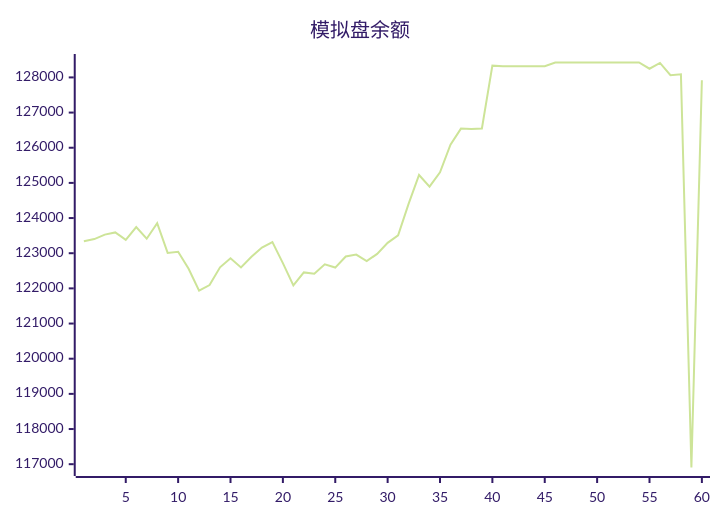
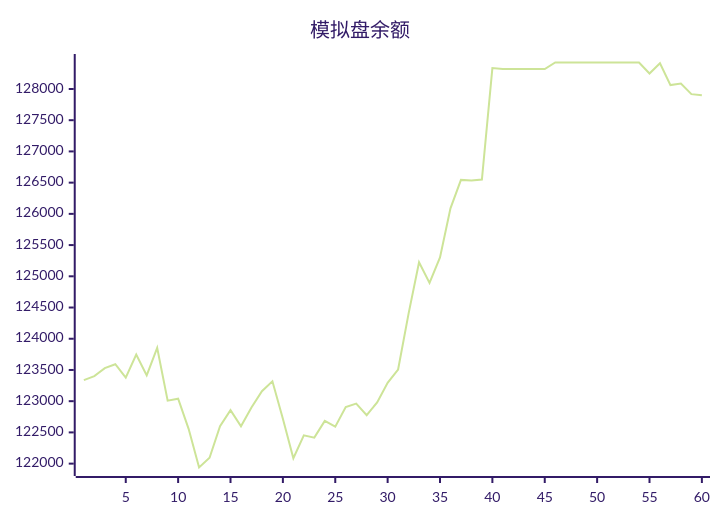
The diagram in trading/README.md (aahl/mcp-aktools), drawn with Mermaid (forest theme) before and after one commit. The commit also changed other lines of this file and 1 other file, not shown here.

````diff
--- a/trading/README.md
+++ b/trading/README.md
@@ -3,5 +3,5 @@
 ```mermaid
 xychart
     title "模拟盘余额"
-    line [123338,123402,123530,123592,123378,123745,123413,123853,123009,123040,122557,121938,122095,122599,122856,122597,122898,123160,123319,122719,122087,122454,122416,122685,122592,122907,122961,122776,122981,123295,123507,124403,125224,124894,125303,126088,126544,126534,126549,128335,128318,128318,128318,128318,128318,128424,128424,128424,128424,128424,128424,128424,128424,128424,128247,128412,128062,128087,116906,127917]
+    line [123338,123402,123530,123592,123378,123745,123413,123853,123009,123040,122557,121938,122095,122599,122856,122597,122898,123160,123319,122719,122087,122454,122416,122685,122592,122907,122961,122776,122981,123295,123507,124403,125224,124894,125303,126088,126544,126534,126549,128335,128318,128318,128318,128318,128318,128424,128424,128424,128424,128424,128424,128424,128424,128424,128247,128412,128062,128087,127917,127901]
 ```
````
